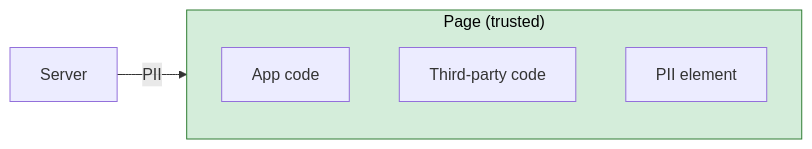
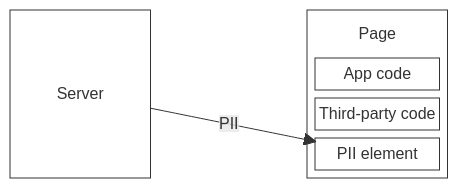
The first of 4 diagrams in packages/trusted-scopes/docs/design.md (lawnsea/frontend-hardening), drawn with Mermaid before and after one commit. The commit also changed other lines of this file, not shown here.

First line of the commit message:
Add hardening notes and block diagrams to the design

````diff
--- a/packages/trusted-scopes/docs/design.md
+++ b/packages/trusted-scopes/docs/design.md
@@ -20,12 +15,18 @@
 ```mermaid
-flowchart LR
+block-beta
+  columns 3
   server["Server"]
-  subgraph page["Page (trusted)"]
+  space
+  block:page
+    columns 1
+    pagelabel["Page"]
     app["App code"]
     deps["Third-party code"]
     pii["PII element"]
   end
-  server -- "PII" --> page
-  classDef trusted fill:#d4edda,stroke:#2e7d32,color:#000
-  class page trusted
+  server -- "PII" --> pii
+  classDef trusted fill:#fff,stroke:#333,color:#000
+  classDef label stroke-width:0,fill:none
+  class server,page,app,deps,pii trusted
+  class pagelabel label
 ```
````
